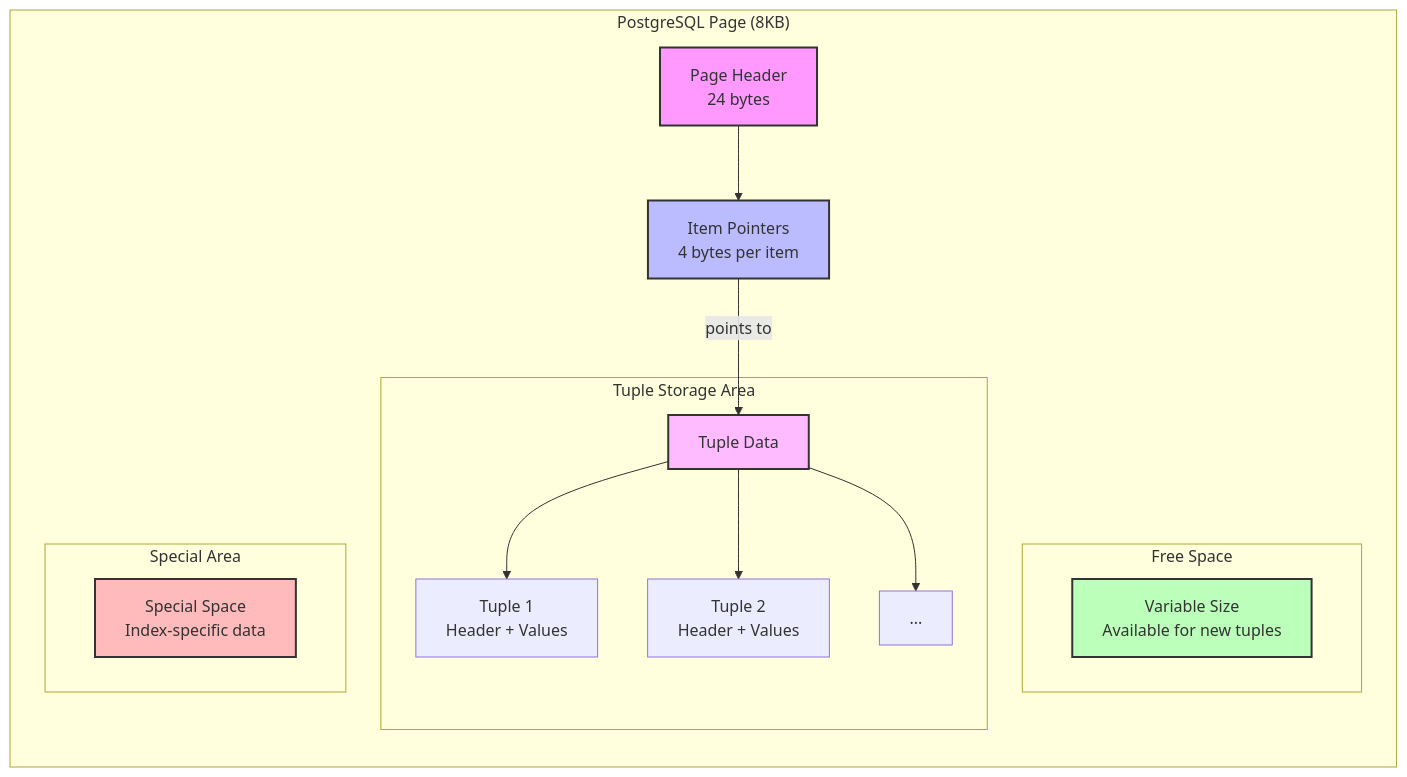
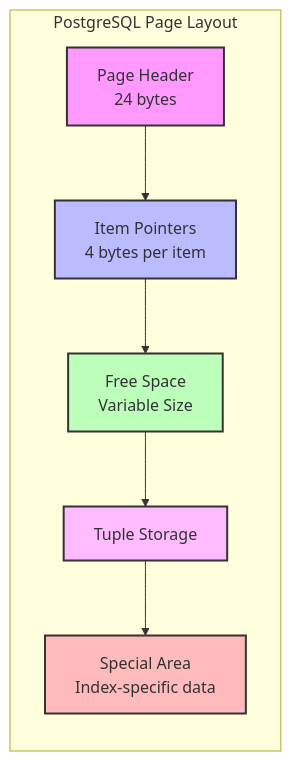
The second of 8 diagrams in examples/01_storage/README.md (jonatas/postgresql-performance-for-rubyists), drawn with Mermaid before and after one commit. The commit also changed other lines of this file, not shown here.

````diff
--- a/examples/01_storage/README.md
+++ b/examples/01_storage/README.md
@@ -49,28 +35,16 @@
 ```mermaid
 graph TD
-    subgraph "PostgreSQL Page (8KB)"
+    subgraph "PostgreSQL Page Layout"
         direction TB
         PH[Page Header<br/>24 bytes] --> IP[Item Pointers<br/>4 bytes per item]
-        IP --> |points to| TD[Tuple Data]
-        
-        subgraph "Free Space"
-            FS[Variable Size<br/>Available for new tuples]
-        end
-        
-        subgraph "Tuple Storage Area"
-            TD --> T1[Tuple 1<br/>Header + Values]
-            TD --> T2[Tuple 2<br/>Header + Values]
-            TD --> T3[...]
-        end
-        
-        subgraph "Special Area"
-            SS[Special Space<br/>Index-specific data]
-        end
+        IP --> FS[Free Space<br/>Variable Size]
+        FS --> TD[Tuple Storage]
+        TD --> SA[Special Area<br/>Index-specific data]
     end
 
     style PH fill:#f9f,stroke:#333,stroke-width:2px
     style IP fill:#bbf,stroke:#333,stroke-width:2px
     style FS fill:#bfb,stroke:#333,stroke-width:2px
     style TD fill:#fbf,stroke:#333,stroke-width:2px
-    style SS fill:#fbb,stroke:#333,stroke-width:2px
+    style SA fill:#fbb,stroke:#333,stroke-width:2px
 ```
````
